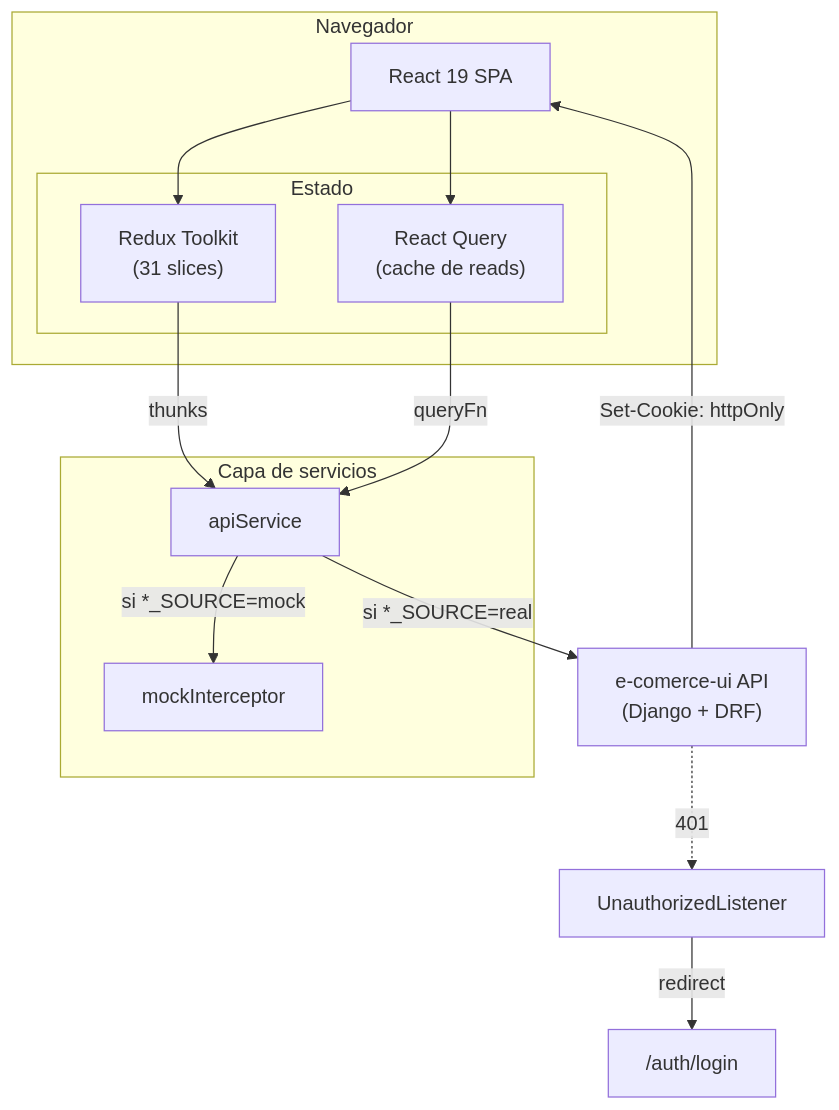
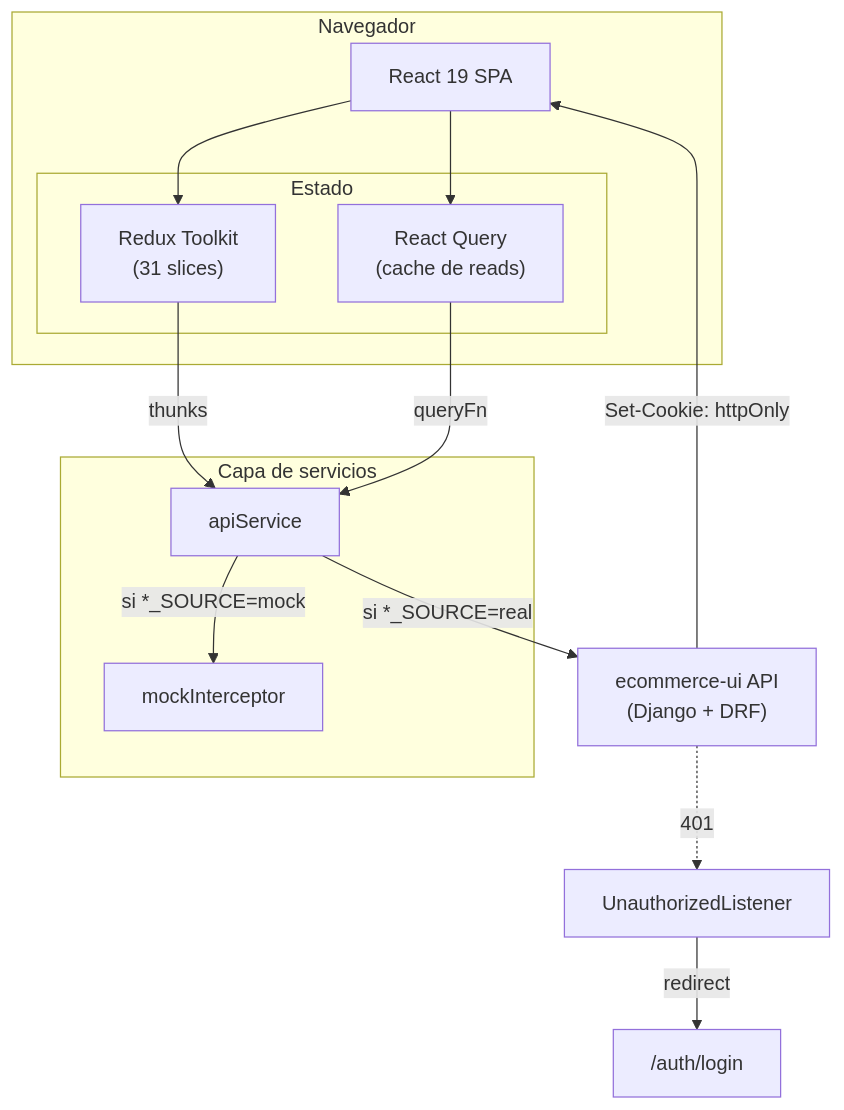
The diagram in docs/estrategia-de-solucion/estrategia-de-solucion.md (jcg-admin/template-ecommerce-ui), drawn with Mermaid before and after one commit. The commit also changed 251 other files, not shown here.

First line of the commit message:
Rename e-comerce-ui to ecommerce-ui (F3)

````diff
--- a/docs/estrategia-de-solucion/estrategia-de-solucion.md
+++ b/docs/estrategia-de-solucion/estrategia-de-solucion.md
@@ -106,27 +106,27 @@
 ```mermaid
 flowchart TB
     subgraph Navegador
         UI["React 19 SPA"]
         subgraph Estado
             RTK["Redux Toolkit<br/>(31 slices)"]
             RQ["React Query<br/>(cache de reads)"]
         end
     end
 
     UI --> RTK
     UI --> RQ
 
     subgraph Capa de servicios
         APIS["apiService"]
         MOCK["mockInterceptor"]
     end
 
     RTK -->|"thunks"| APIS
     RQ -->|"queryFn"| APIS
     APIS -->|"si *_SOURCE=mock"| MOCK
-    APIS -->|"si *_SOURCE=real"| Backend["e-comerce-ui API<br/>(Django + DRF)"]
+    APIS -->|"si *_SOURCE=real"| Backend["ecommerce-ui API<br/>(Django + DRF)"]
 
     Backend -->|"Set-Cookie: httpOnly"| UI
     Backend -.->|"401"| Listener["UnauthorizedListener"]
     Listener -->|"redirect"| Login["/auth/login"]
 ```
````
